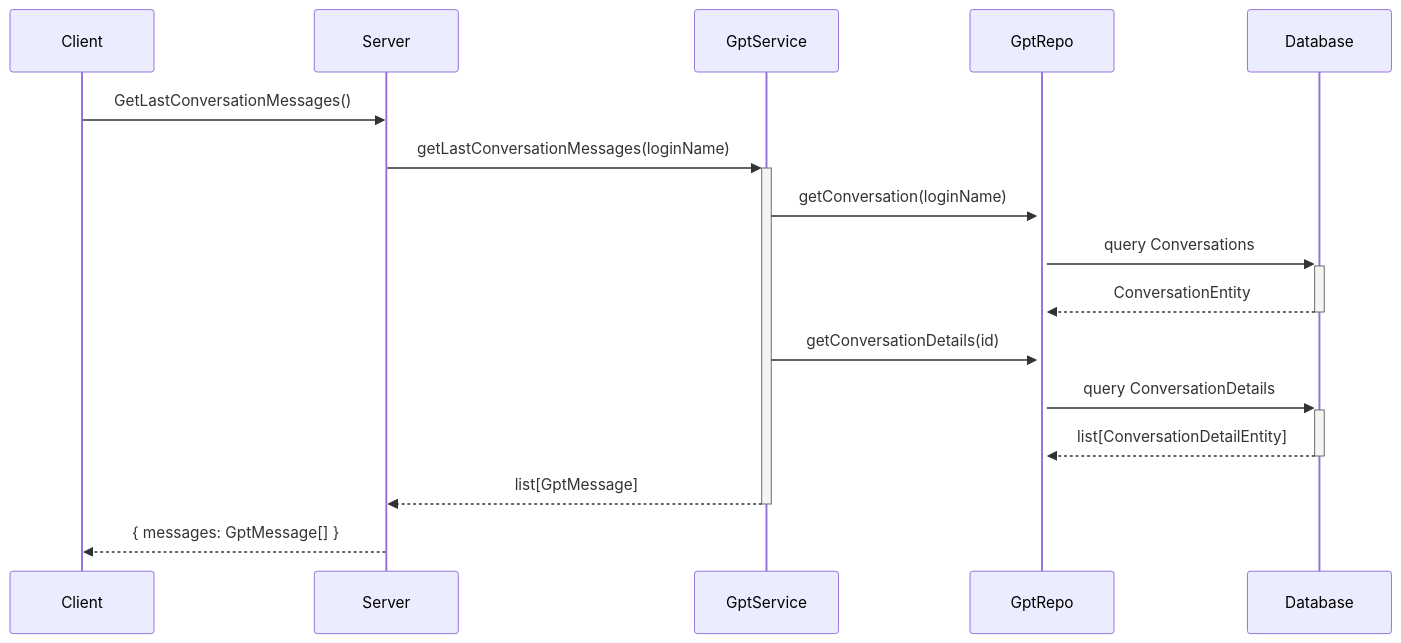
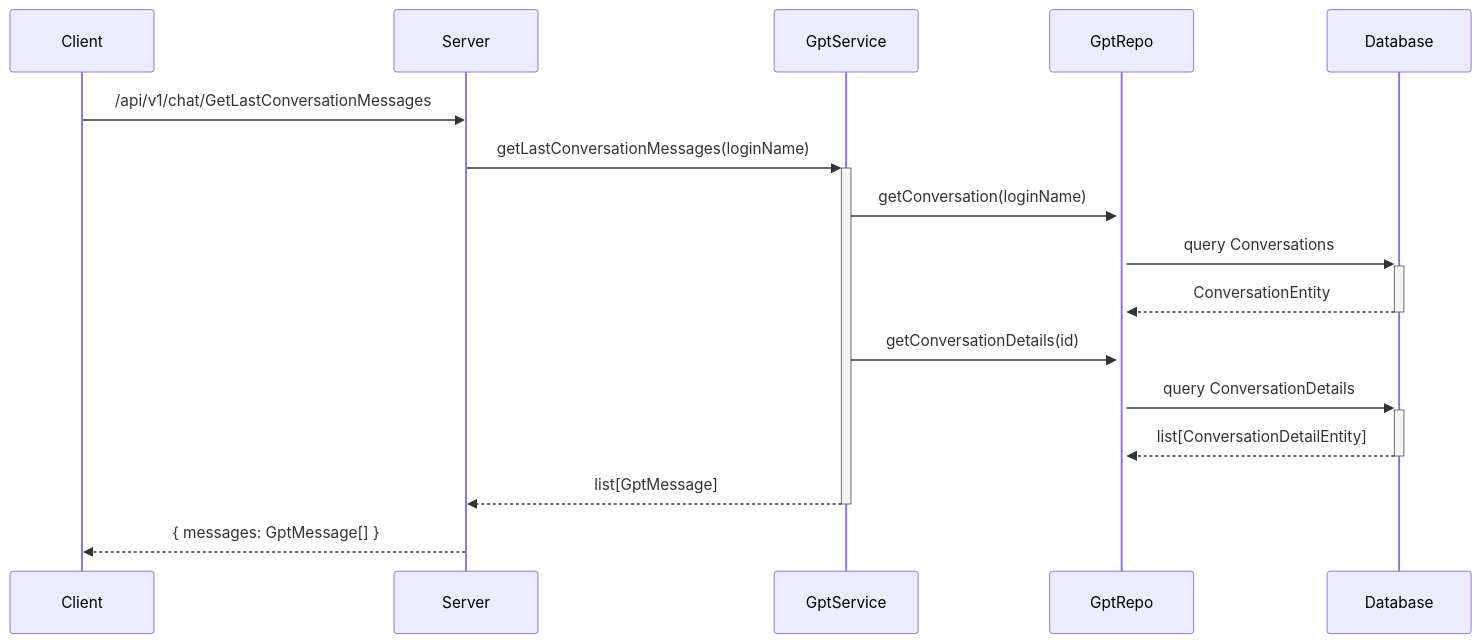
Before and after one commit to flashlin/Samples: the first of 2 diagrams in torch-qa/demo1/ReadMe.md, drawn with Mermaid. The commit also changed other lines of this file, not shown here.

````diff
--- a/torch-qa/demo1/ReadMe.md
+++ b/torch-qa/demo1/ReadMe.md
@@ -1,11 +1,11 @@
 ```mermaid
 sequenceDiagram
-    Client ->> Server: GetLastConversationMessages();
+    Client ->> Server: /api/v1/chat/GetLastConversationMessages;
     Server ->> +GptService: getLastConversationMessages(loginName);
     GptService ->> +GptRepo: getConversation(loginName);
     GptRepo ->> +Database: query Conversations; Database -->> -GptRepo: ConversationEntity ;
     GptService ->> GptRepo: getConversationDetails(id);
     GptRepo ->> +Database: query ConversationDetails ; Database -->> -GptRepo: list[ConversationDetailEntity] ;
     GptService -->> -Server: list[GptMessage];
     Server -->> Client: { messages: GptMessage[] };
 ```
````
